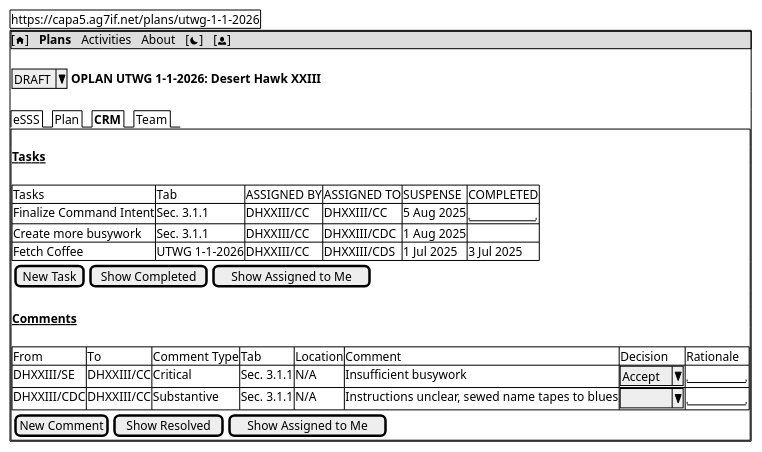
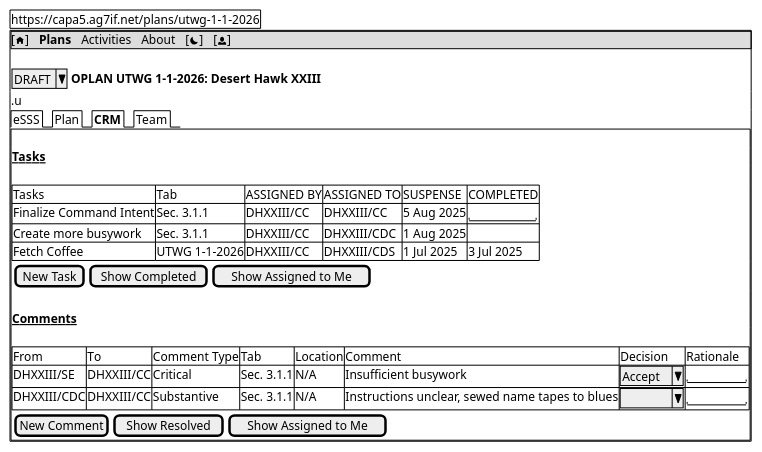
Before and after one commit to DerHabicht/capa5: the diagram in docs/web/plans/CRM.puml, drawn with PlantUML. The commit also changed 6 other files, not shown here.

```diff
--- a/docs/web/plans/CRM.puml
+++ b/docs/web/plans/CRM.puml
@@ -1,34 +1,34 @@
 @startsalt Plan: CRM Tab
 { 
     {+ https://capa5.ag7if.net/plans/utwg-1-1-2026 }
     {+
         {* [<&home>] | <b>Plans</b> | Activities | About | [<&moon>] | [<&person>] }
         .
         { ^DRAFT^ {<b>OPLAN UTWG 1-1-2026: Desert Hawk XXIII</b>}}
-        .
+        .u
         {/ eSSS | Plan | <b>CRM</b> | Team }
         {+
             .
             <b><u>Tasks</u></b>
             .
             {#
                 Tasks                   | Tab           | ASSIGNED BY | ASSIGNED TO   | SUSPENSE     | COMPLETED 
                 Finalize Command Intent | Sec. 3.1.1    | DHXXIII/CC  | DHXXIII/CC    | 5 Aug 2025   | "        "
                 Create more busywork    | Sec. 3.1.1    | DHXXIII/CC  | DHXXIII/CDC   | 1 Aug 2025   | .
                 Fetch Coffee            | UTWG 1-1-2026 | DHXXIII/CC  | DHXXIII/CDS   | 1 Jul 2025   | 3 Jul 2025
             }
             {[New Task] | [Show Completed] | [Show Assigned to Me]}
 
             .
             <b><u>Comments</u></b>
             .
             {#
                 From        | To         | Comment Type | Tab        | Location | Comment                                         | Decision | Rationale
                 DHXXIII/SE  | DHXXIII/CC | Critical     | Sec. 3.1.1 | N/A      | Insufficient busywork                           | ^Accept^ | "       "
                 DHXXIII/CDC | DHXXIII/CC | Substantive  | Sec. 3.1.1 | N/A      | Instructions unclear, sewed name tapes to blues | ^      ^ | "       "
             }
             {[New Comment] | [Show Resolved] | [Show Assigned to Me]}
         }
     }
 }
 @endsalt
```
